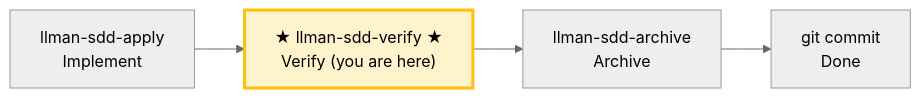
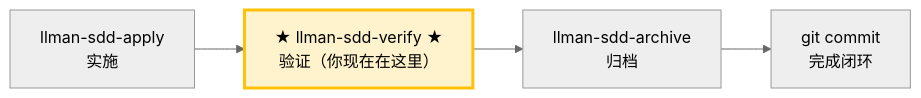
One commit to StrayDragon/crystalith changed the diagram in .agents/skills/llman-sdd-verify/SKILL.md. Above: the diagram before and after it, drawn with Mermaid (neutral theme). The commit also changed other lines of this file and 12 other files, not shown here.

Commit message:
agentdev: update llman sdd skills

````diff
--- a/.agents/skills/llman-sdd-verify/SKILL.md
+++ b/.agents/skills/llman-sdd-verify/SKILL.md
@@ -14,9 +14,9 @@
 ```mermaid
 flowchart LR
-    apply["llman-sdd-apply<br/>Implement"] --> verify
-    verify["★ llman-sdd-verify ★<br/>Verify (you are here)"]
-    verify --> archive["llman-sdd-archive<br/>Archive"]
-    archive --> commit["git commit<br/>Done"]
+    apply["llman-sdd-apply<br/>实施"] --> verify
+    verify["★ llman-sdd-verify ★<br/>验证（你现在在这里）"]
+    verify --> archive["llman-sdd-archive<br/>归档"]
+    archive --> commit["git commit<br/>完成闭环"]
 
     style verify fill:#fff3cd,stroke:#ffc107,stroke-width:3px
 ```
````
